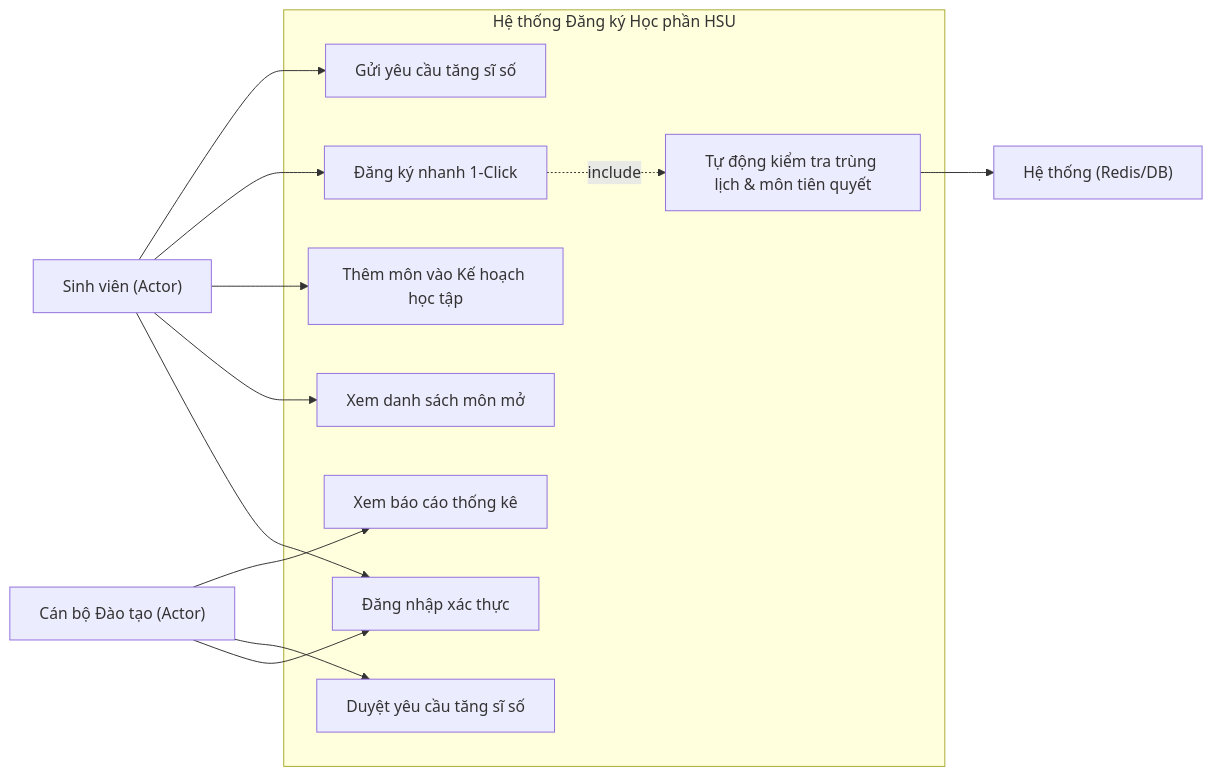
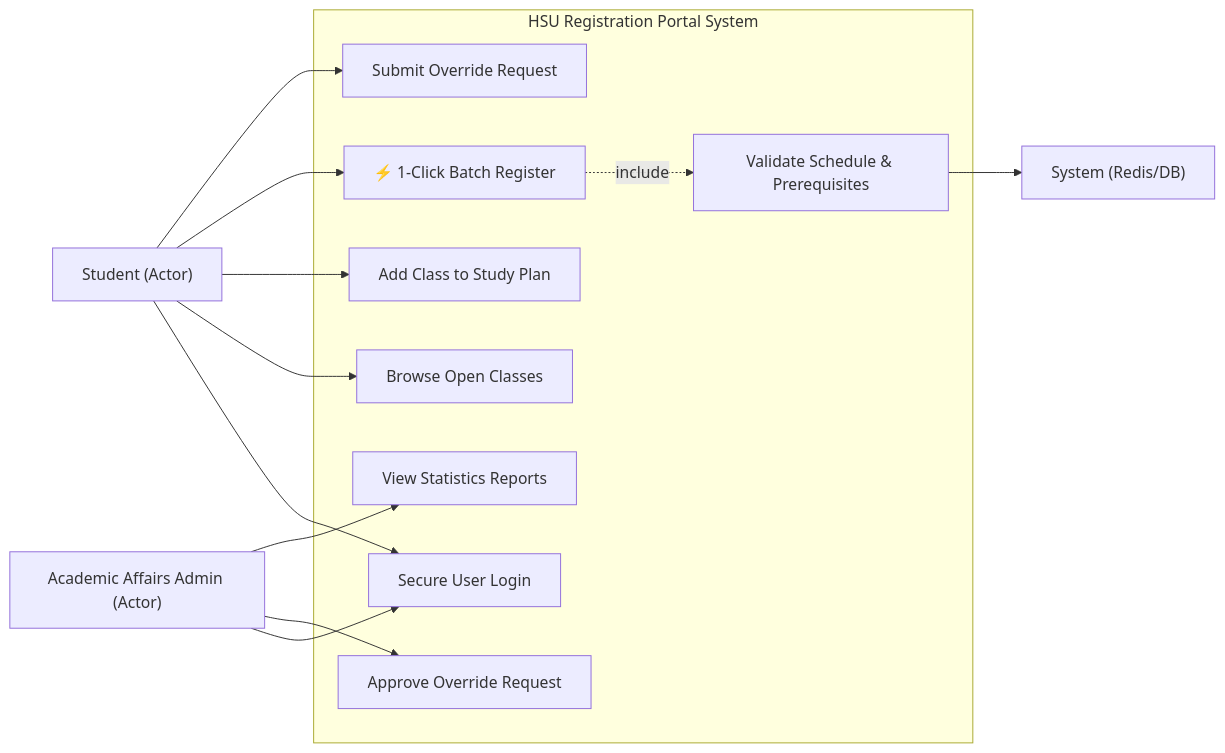
Before and after one commit to DYBInh2k5/Seminar_And_Project_QTDAPM: the first of 2 diagrams in Project/project_plan.md, drawn with Mermaid. The commit also changed other lines of this file, not shown here.

Commit message:
Translate entire project_plan.md to English and perform final validation

````diff
--- a/Project/project_plan.md
+++ b/Project/project_plan.md
@@ -405,30 +462,30 @@
 ```mermaid
 flowchart LR
-    Student["Sinh viên (Actor)"]
-    Admin["Cán bộ Đào tạo (Actor)"]
-    System["Hệ thống (Redis/DB)"]
+    Student["Student (Actor)"]
+    Admin["Academic Affairs Admin (Actor)"]
+    System["System (Redis/DB)"]
     
-    subgraph HSU ["Hệ thống Đăng ký Học phần HSU"]
-        UC1["Đăng nhập xác thực"]
-        UC2["Xem danh sách môn mở"]
-        UC3["Thêm môn vào Kế hoạch học tập"]
-        UC4["Đăng ký nhanh 1-Click"]
-        UC5["Gửi yêu cầu tăng sĩ số"]
-        UC6["Duyệt yêu cầu tăng sĩ số"]
-        UC7["Xem báo cáo thống kê"]
-        UC8["Tự động kiểm tra trùng lịch & môn tiên quyết"]
+    subgraph HSU ["HSU Registration Portal System"]
+        UC1["Secure User Login"]
+        UC2["Browse Open Classes"]
+        UC3["Add Class to Study Plan"]
+        UC4["⚡ 1-Click Batch Register"]
+        UC5["Submit Override Request"]
+        UC6["Approve Override Request"]
+        UC7["View Statistics Reports"]
+        UC8["Validate Schedule & Prerequisites"]
     end
     
     Student --> UC1
     Student --> UC2
     Student --> UC3
     Student --> UC4
     Student --> UC5
     
     Admin --> UC1
     Admin --> UC6
     Admin --> UC7
     
     UC4 -.->|include| UC8
     UC8 --> System
 ```
````
